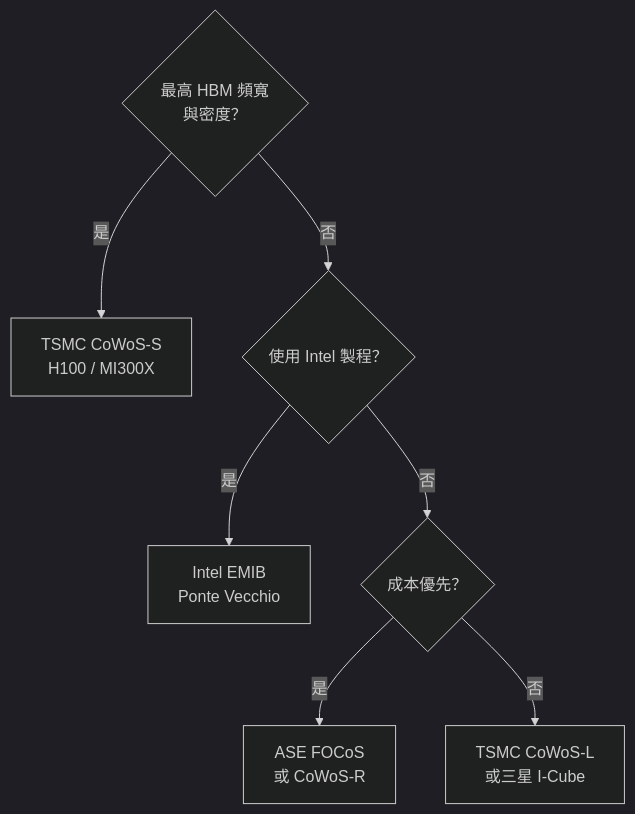
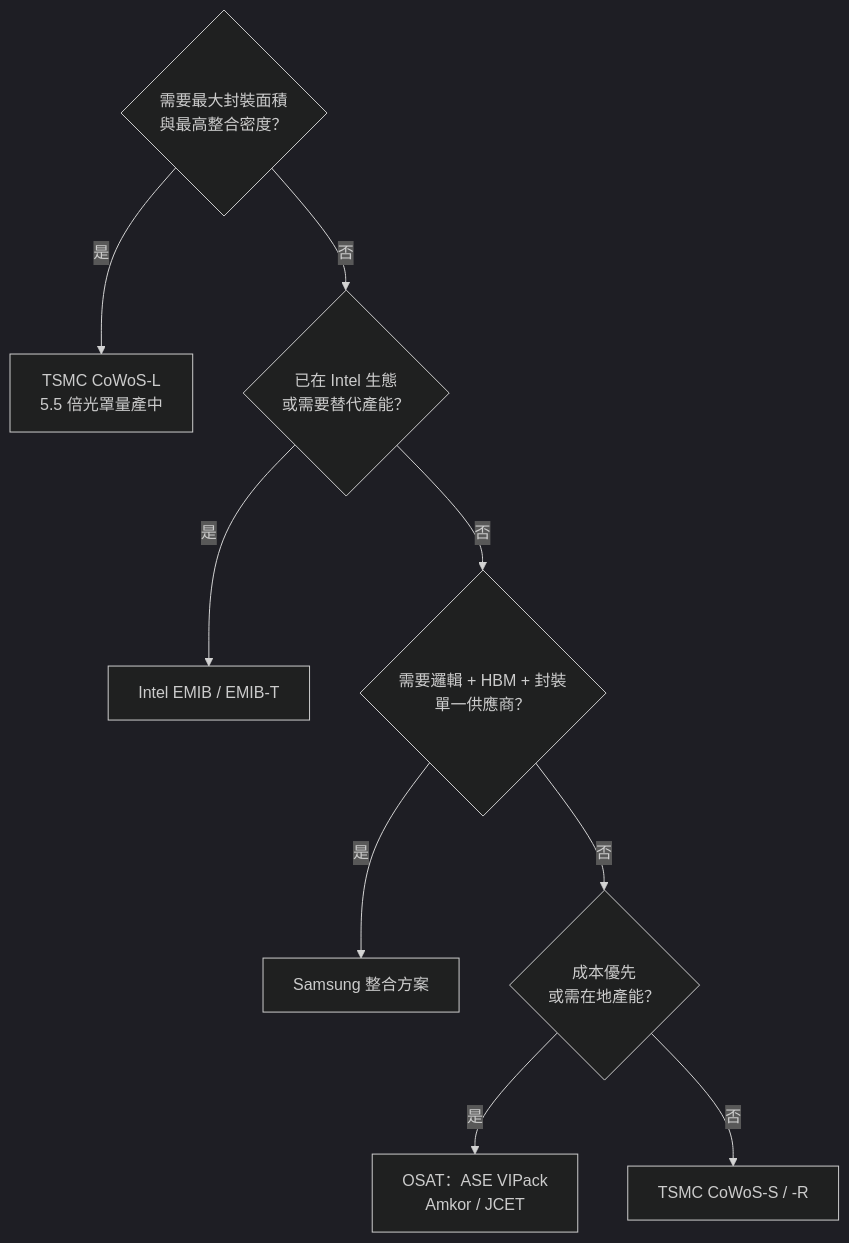
One commit to wizardhsiehcom/book changed the second of 2 diagrams in docs/cowos/09-competing-technologies.md. Above: the diagram before and after it, drawn with Mermaid (dark theme). The commit also changed other lines of this file and 33 other files, not shown here.

````diff
--- a/docs/cowos/09-competing-technologies.md
+++ b/docs/cowos/09-competing-technologies.md
@@ -72,10 +101,12 @@
 ```mermaid
 flowchart TD
-    Q1{"最高 HBM 頻寬<br/>與密度？"}
-    Q1 -->|"是"| COWOS_S["TSMC CoWoS-S<br/>H100 / MI300X"]
-    Q1 -->|"否"| Q2{"使用 Intel 製程？"}
-    Q2 -->|"是"| EMIB["Intel EMIB<br/>Ponte Vecchio"]
-    Q2 -->|"否"| Q3{"成本優先？"}
-    Q3 -->|"是"| FOCOS["ASE FOCoS<br/>或 CoWoS-R"]
-    Q3 -->|"否"| COWOS_L["TSMC CoWoS-L<br/>或三星 I-Cube"]
+    Q1{"需要最大封裝面積<br/>與最高整合密度？"}
+    Q1 -->|"是"| A["TSMC CoWoS-L<br/>5.5 倍光罩量產中"]
+    Q1 -->|"否"| Q2{"已在 Intel 生態<br/>或需要替代產能？"}
+    Q2 -->|"是"| B["Intel EMIB / EMIB-T"]
+    Q2 -->|"否"| Q3{"需要邏輯 + HBM + 封裝<br/>單一供應商？"}
+    Q3 -->|"是"| C["Samsung 整合方案"]
+    Q3 -->|"否"| Q4{"成本優先<br/>或需在地產能？"}
+    Q4 -->|"是"| D["OSAT：ASE VIPack<br/>Amkor / JCET"]
+    Q4 -->|"否"| E["TSMC CoWoS-S / -R"]
 ```
````
